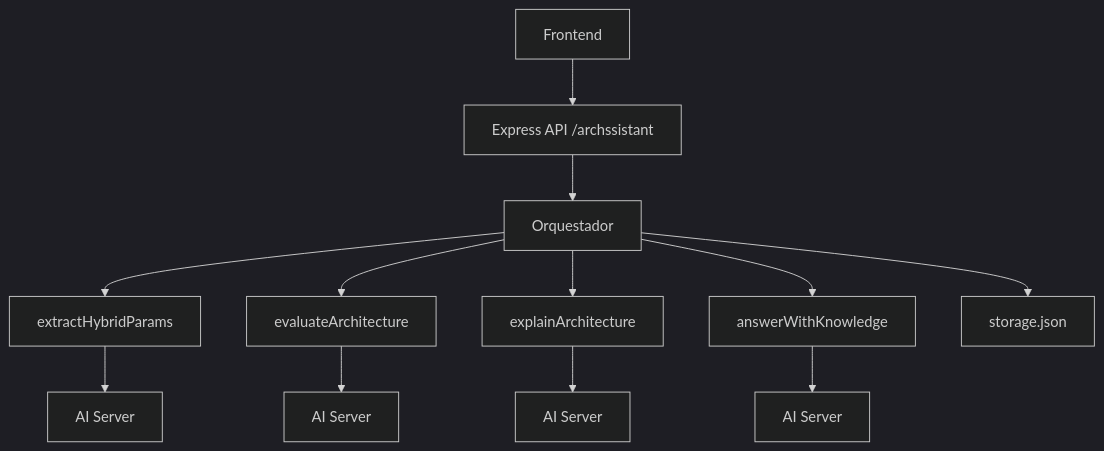
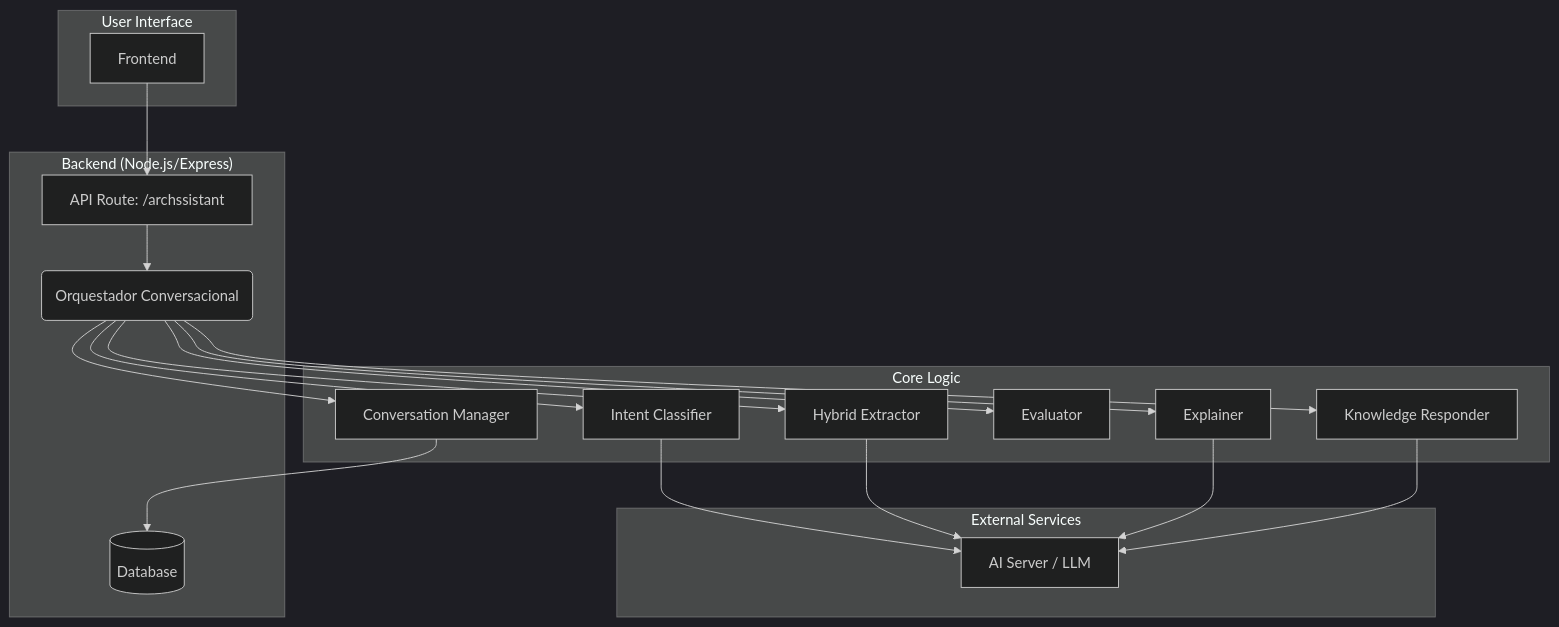
The first of 2 diagrams in README.md (spuentesp/archssistant), drawn with Mermaid (dark theme) before and after one commit. The commit also changed other lines of this file, not shown here.

Commit message:
feat: Update README.md with enhanced architecture diagrams and processing flow

````diff
--- a/README.md
+++ b/README.md
@@ -15,15 +17,42 @@
 ```mermaid
 graph TD
-  UI[Frontend]
-  UI --> API[Express API /archssistant]
-  API --> Processor[Orquestador]
-  Processor --> Extractor[extractHybridParams]
-  Extractor --> LLM1[AI Server]
-  Processor --> Evaluator[evaluateArchitecture]
-  Evaluator --> LLM2[AI Server]
-  Processor --> Explainer[explainArchitecture]
-  Explainer --> LLM3[AI Server]
-  Processor --> KnowledgeResponder[answerWithKnowledge]
-  KnowledgeResponder --> LLM4[AI Server]
-  Processor --> Storage[storage.json]
+    subgraph "User Interface"
+        UI[Frontend]
+    end
+
+    subgraph "Backend (Node.js/Express)"
+        API[API Route: /archssistant]
+        Orchestrator(Orquestador Conversacional)
+        DB[(Database)]
+    end
+
+    subgraph "Core Logic"
+        CM[Conversation Manager]
+        IC[Intent Classifier]
+        HE[Hybrid Extractor]
+        EV[Evaluator]
+        EX[Explainer]
+        KR[Knowledge Responder]
+    end
+    
+    subgraph "External Services"
+        LLM[AI Server / LLM]
+    end
+
+    UI --> API
+    API --> Orchestrator
+    
+    Orchestrator --> CM
+    Orchestrator --> IC
+    Orchestrator --> HE
+    Orchestrator --> EV
+    Orchestrator --> EX
+    Orchestrator --> KR
+    
+    IC --> LLM
+    HE --> LLM
+    EX --> LLM
+    KR --> LLM
+
+    CM --> DB
 ```
````
